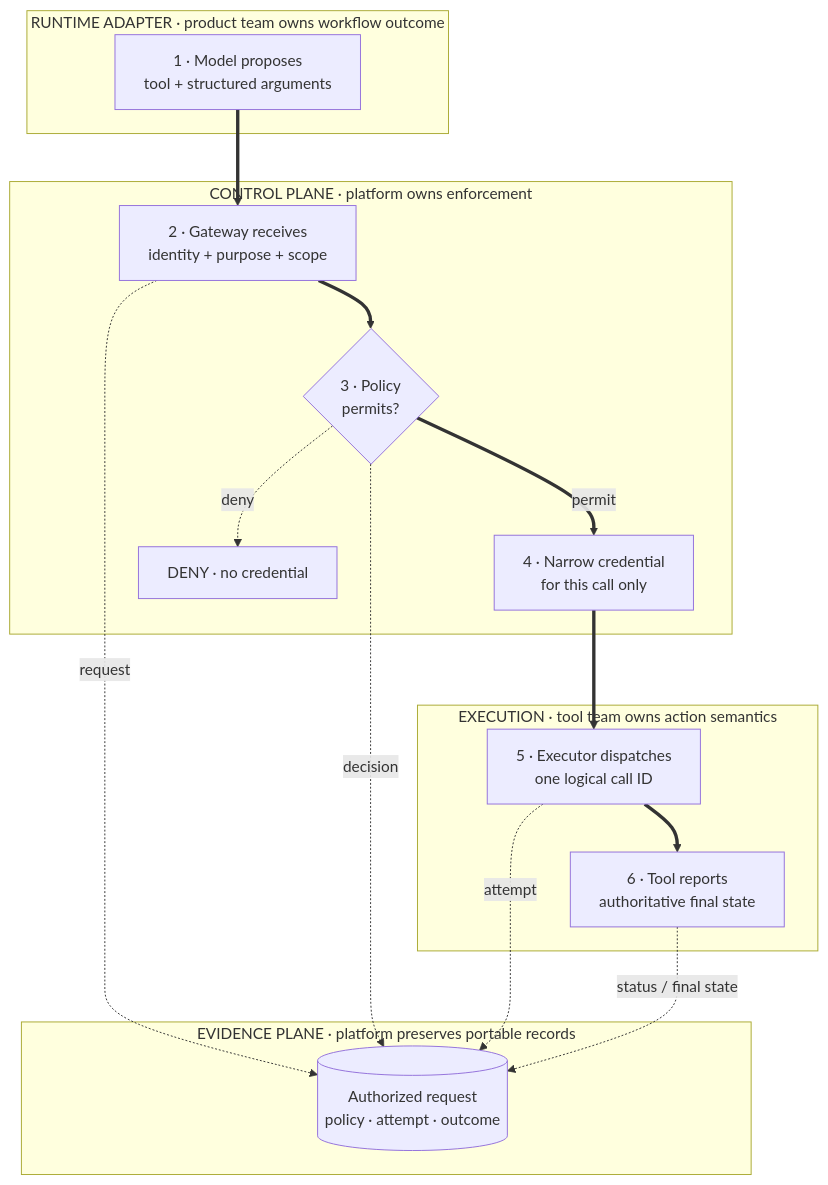
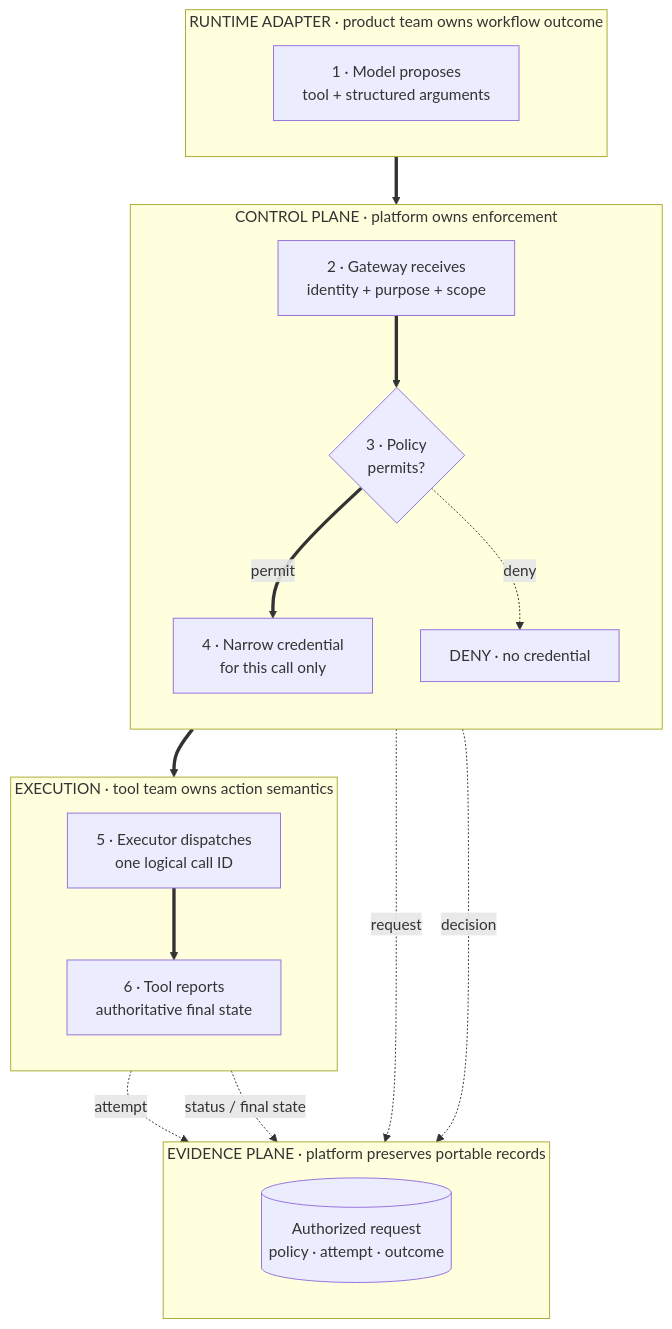
Before and after one commit to mlmentorship/mlmentorship.github.io: the diagram in src/content/posts/2026-08-29-annotated-upper-ic-agent-platform-mock.md, drawn with Mermaid. The commit also changed 50 other files, not shown here.

````diff
--- a/src/content/posts/2026-08-29-annotated-upper-ic-agent-platform-mock.md
+++ b/src/content/posts/2026-08-29-annotated-upper-ic-agent-platform-mock.md
@@ -114,38 +114,42 @@
 ```mermaid
 flowchart TB
 	accTitle: A governed agent action crosses control, execution, and evidence boundaries
 	accDescr: A product-owned runtime lets the model propose a typed tool action. The platform-owned gateway sends identity, purpose, scope, and arguments to policy. A denial produces no credential. A permit issues a narrow credential only to the executor, which dispatches one logical call to the tool. The gateway, policy decision, execution attempt, and authoritative final state all emit records to the durable evidence plane.
 	subgraph Runtime["RUNTIME ADAPTER · product team owns workflow outcome"]
+		direction TB
 		Proposal["1 · Model proposes<br/>tool + structured arguments"]
 	end
 	subgraph Control["CONTROL PLANE · platform owns enforcement"]
+		direction TB
 		Gateway["2 · Gateway receives<br/>identity + purpose + scope"]
 		Policy{"3 · Policy<br/>permits?"}
 		Credential["4 · Narrow credential<br/>for this call only"]
 		Denied["DENY · no credential"]
 		Gateway ==> Policy
 		Policy ==>|"permit"| Credential
 		Policy -. "deny" .-> Denied
 	end
 	subgraph Execution["EXECUTION · tool team owns action semantics"]
+		direction TB
 		Executor["5 · Executor dispatches<br/>one logical call ID"]
 		Tool["6 · Tool reports<br/>authoritative final state"]
 		Executor ==> Tool
 	end
 	subgraph Evidence["EVIDENCE PLANE · platform preserves portable records"]
+		direction TB
 		Record[("Authorized request<br/>policy · attempt · outcome")]
 	end
 	Proposal ==> Gateway
 	Credential ==> Executor
 	Gateway -. "request" .-> Record
 	Policy -. "decision" .-> Record
 	Executor -. "attempt" .-> Record
 	Tool -. "status / final state" .-> Record
 	class Proposal viz-input
 	class Gateway,Policy viz-focus
 	class Credential,Executor viz-neutral
 	class Tool viz-output
 	class Denied viz-warning
 	class Record viz-state
 	class Proposal,Gateway,Policy,Credential,Denied,Executor,Tool,Record viz-compact
 ```
````
